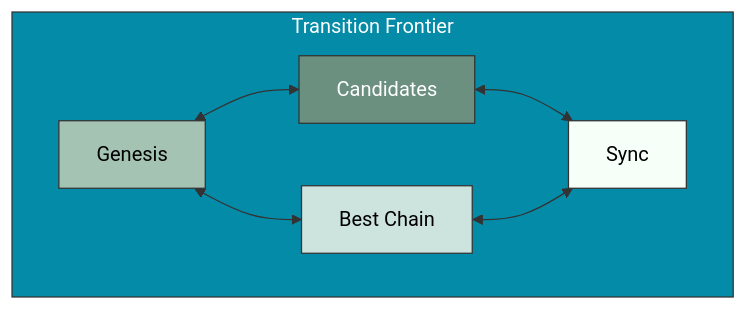
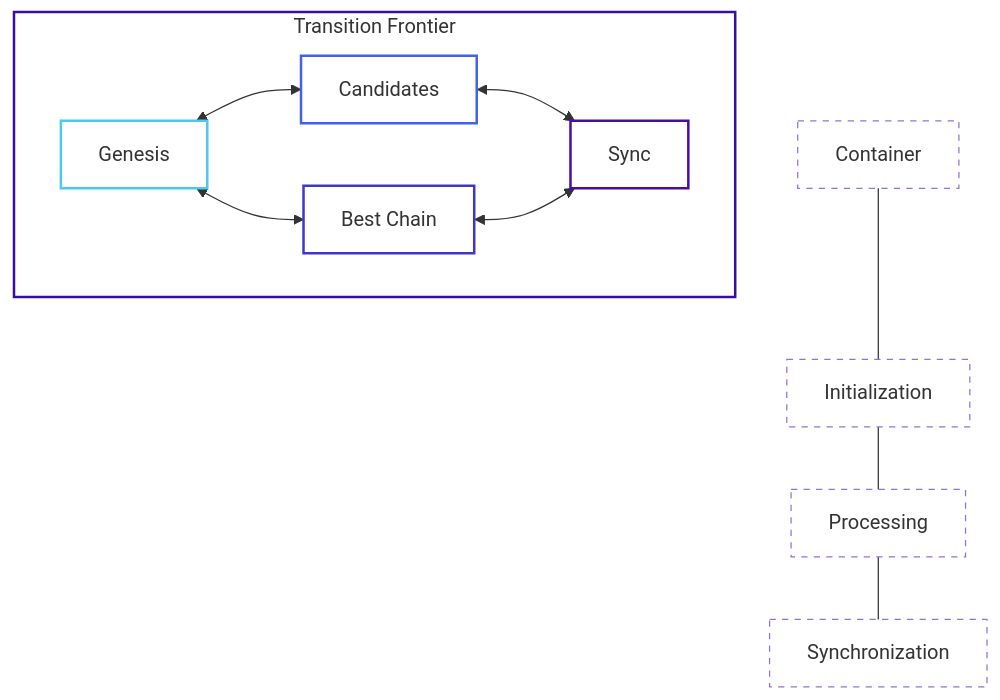
The diagram in llm-docs/components/transition-frontier/README.md (openmina/openmina), drawn with Mermaid before and after one commit. The commit also changed other lines of this file and 7 other files, not shown here.

Commit message:
Updated Diagrams

````diff
--- a/llm-docs/components/transition-frontier/README.md
+++ b/llm-docs/components/transition-frontier/README.md
@@ -7,21 +7,26 @@
 ```mermaid
 graph TD
     subgraph TransitionFrontier["Transition Frontier"]
         Genesis["Genesis"] <--> Candidates["Candidates"]
         Genesis <--> BestChain["Best Chain"]
         Candidates <--> Sync["Sync"]
         BestChain <--> Sync
     end
 
-    classDef tfClass fill:#048ba8,stroke:#333,stroke-width:1px,color:white;
-    classDef genesisClass fill:#a4c3b2,stroke:#333,stroke-width:1px,color:black;
-    classDef candidatesClass fill:#6b9080,stroke:#333,stroke-width:1px,color:white;
-    classDef bestChainClass fill:#cce3de,stroke:#333,stroke-width:1px,color:black;
-    classDef syncClass fill:#f6fff8,stroke:#333,stroke-width:1px,color:black;
+    %% Legend
+    L1["Container"] --- L2["Initialization"] --- L3["Processing"] --- L4["Synchronization"]
+
+    classDef tfClass stroke:#3a0ca3,stroke-width:2px,fill:none;
+    classDef genesisClass stroke:#4cc9f0,stroke-width:2px,fill:none;
+    classDef candidatesClass stroke:#4361ee,stroke-width:2px,fill:none;
+    classDef bestChainClass stroke:#3f37c9,stroke-width:2px,fill:none;
+    classDef syncClass stroke:#480ca8,stroke-width:2px,fill:none;
+    classDef legend stroke-dasharray: 5 5, fill:none;
 
     class TransitionFrontier tfClass;
     class Genesis genesisClass;
     class Candidates candidatesClass;
     class BestChain bestChainClass;
     class Sync syncClass;
+    class L1,L2,L3,L4 legend;
 ```
````
